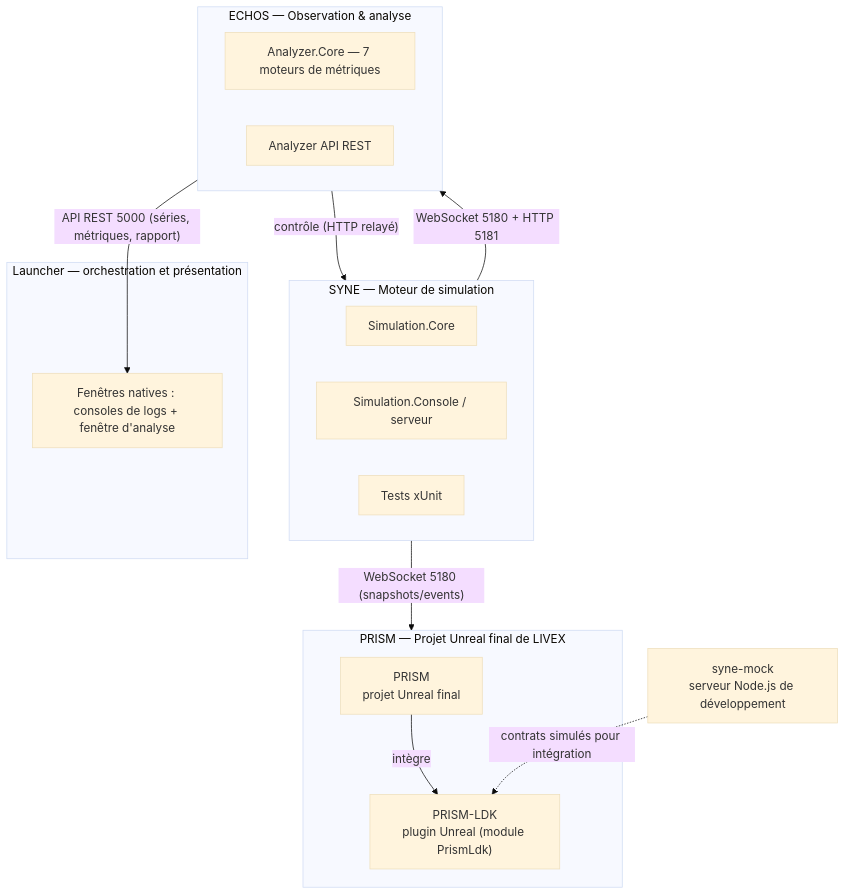
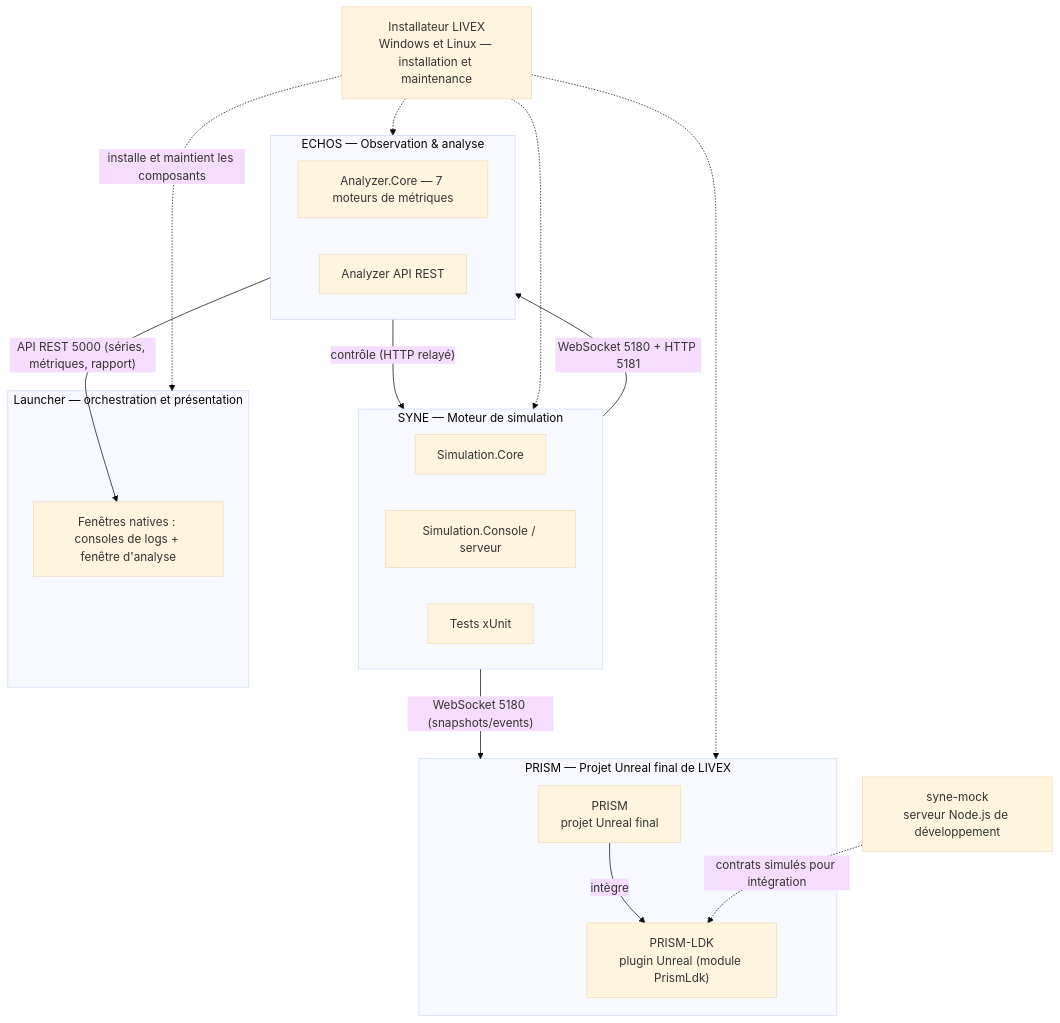
The first of 2 diagrams in docs/ARCHITECTURE.md (donovan-dev-web/LIVEX), drawn with Mermaid (base theme) before and after one commit. The commit also changed other lines of this file and 74 other files, not shown here.

````diff
--- a/docs/ARCHITECTURE.md
+++ b/docs/ARCHITECTURE.md
@@ -15,26 +15,31 @@
 ```mermaid
 flowchart TB
     subgraph SYNE["SYNE — Moteur de simulation"]
         CORE[Simulation.Core]
         CONSOLE[Simulation.Console / serveur]
         TESTS1[Tests xUnit]
     end
     subgraph ECHOS["ECHOS — Observation & analyse"]
         ACORE[Analyzer.Core — 7 moteurs de métriques]
         AAPI[Analyzer API REST]
     end
     subgraph PRISM["PRISM — Projet Unreal final de LIVEX"]
         APP["PRISM<br/>projet Unreal final"]
         PLUGIN["PRISM-LDK<br/>plugin Unreal (module PrismLdk)"]
         APP -->|"intègre"| PLUGIN
     end
     subgraph LAUNCHER["Launcher — orchestration et présentation"]
         LUI[Fenêtres natives : consoles de logs + fenêtre d'analyse]
     end
+    INSTALLER["Installateur LIVEX<br/>Windows et Linux — installation et maintenance"]
     MOCK["syne-mock<br/>serveur Node.js de développement"]
     SYNE -- "WebSocket 5180 + HTTP 5181" --> ECHOS
     SYNE -- "WebSocket 5180 (snapshots/events)" --> PRISM
     MOCK -. "contrats simulés pour intégration" .-> PLUGIN
     ECHOS -- "contrôle (HTTP relayé)" --> SYNE
     ECHOS -- "API REST 5000 (séries, métriques, rapport)" --> LUI
+    INSTALLER -. "installe et maintient les composants" .-> LAUNCHER
+    INSTALLER -.-> SYNE
+    INSTALLER -.-> ECHOS
+    INSTALLER -.-> PRISM
 ```
````
